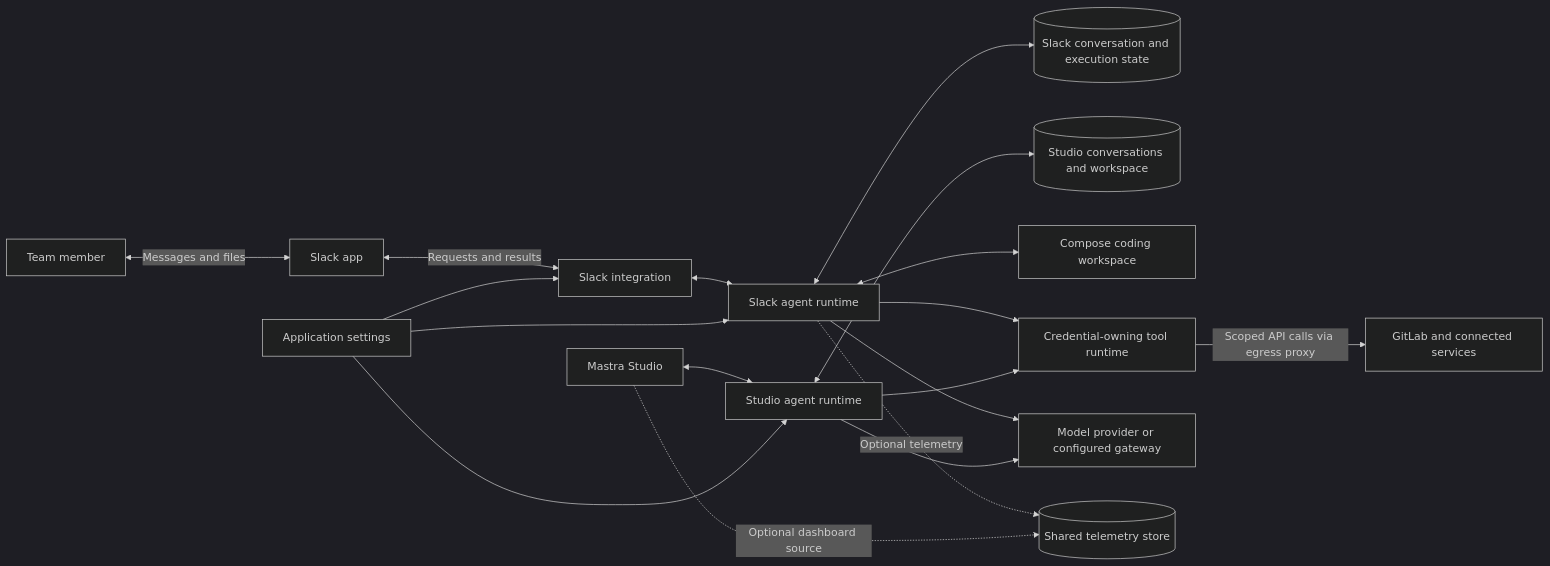
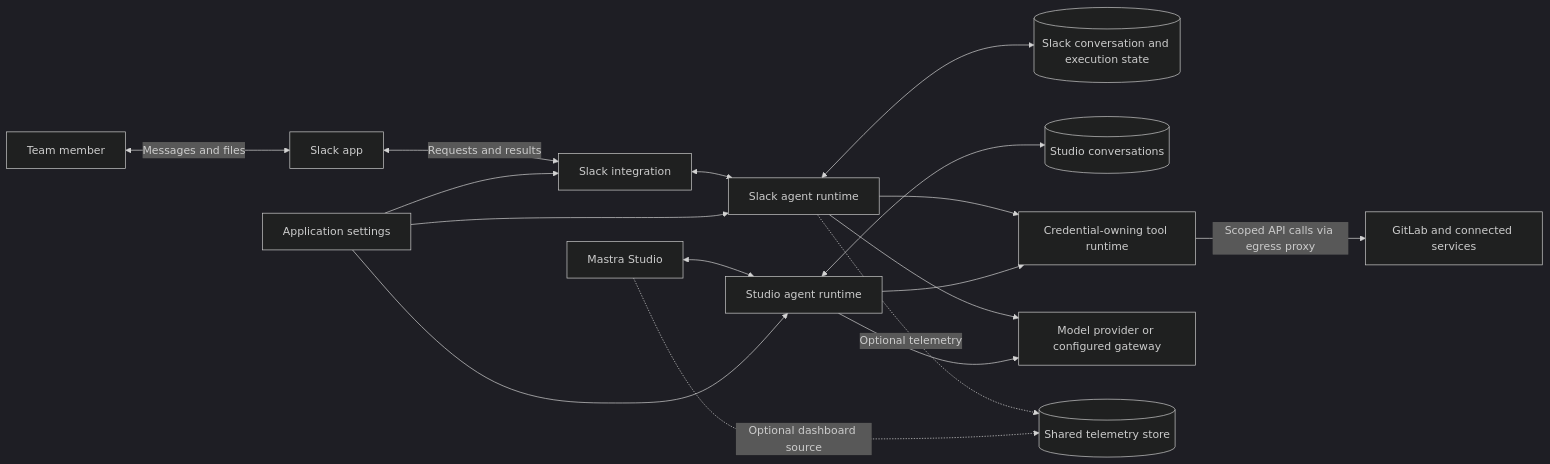
Before and after one commit to fooku18/Support-Bot: the diagram in README.md, drawn with Mermaid (dark theme). The commit also changed other lines of this file and 119 other files, not shown here.

First line of the commit message:
refactor: remove the Compose-only coding path (#51)

````diff
--- a/README.md
+++ b/README.md
@@ -39,21 +36,20 @@
 ```mermaid
 flowchart LR
     User[Team member] <-->|Messages and files| Slack[Slack app]
     Slack <-->|Requests and results| Adapter[Slack integration]
 
     Adapter <--> Runtime[Slack agent runtime]
     Studio[Mastra Studio] <--> StudioRuntime[Studio agent runtime]
     Admin[Application settings] --> Adapter
     Admin --> Runtime
     Admin --> StudioRuntime
     Runtime <--> State[(Slack conversation and execution state)]
-    StudioRuntime <--> StudioState[(Studio conversations and workspace)]
-    Runtime <--> Workspace[Compose coding workspace]
+    StudioRuntime <--> StudioState[(Studio conversations)]
     Runtime --> Tools[Credential-owning tool runtime]
     StudioRuntime --> Tools
     Tools -->|Scoped API calls via egress proxy| Services[GitLab and connected services]
     Runtime --> Model[Model provider or configured gateway]
     StudioRuntime --> Model
     Runtime -. Optional telemetry .-> Telemetry[(Shared telemetry store)]
     Studio -. Optional dashboard source .-> Telemetry
 ```
````
